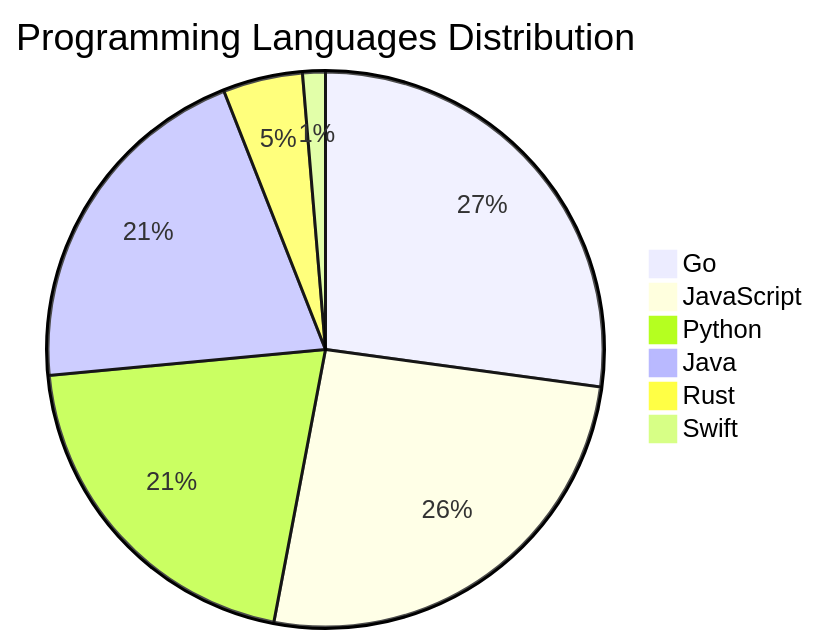
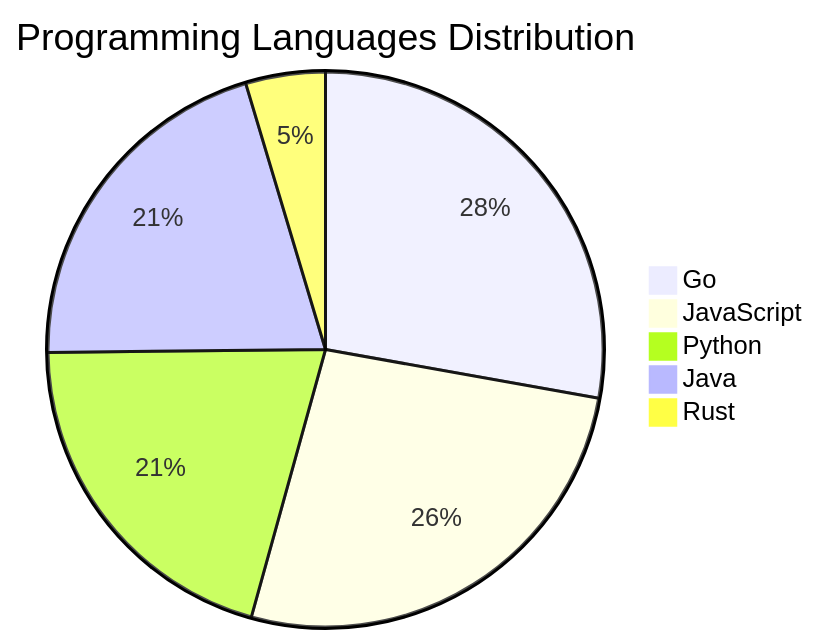
The diagram in README.md (Derrick-MUGISHA/github-activity-bot), drawn with Mermaid before and after one commit. The commit also changed other lines of this file and 4 other files, not shown here.

````diff
--- a/README.md
+++ b/README.md
@@ -206,9 +205,8 @@
 ```mermaid
 pie title Programming Languages Distribution
-    "Go" : 41
-    "JavaScript" : 39
+    "Go" : 42
+    "JavaScript" : 40
     "Python" : 31
     "Java" : 31
     "Rust" : 7
-    "Swift" : 2
 ```
````
